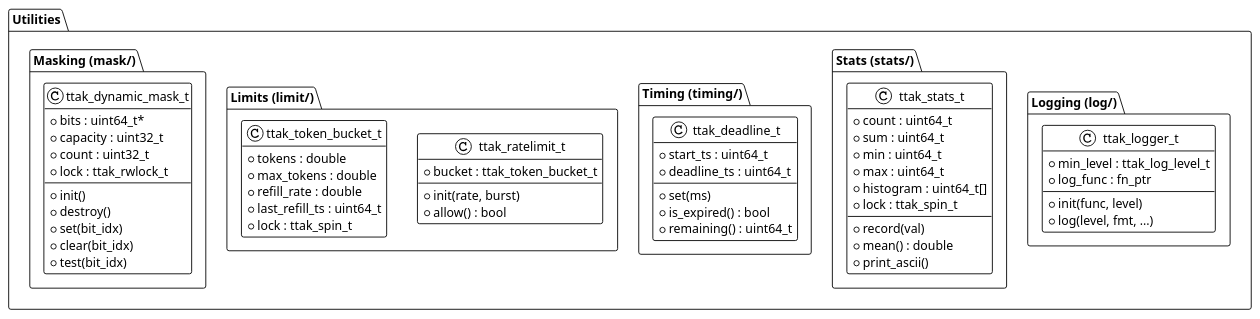
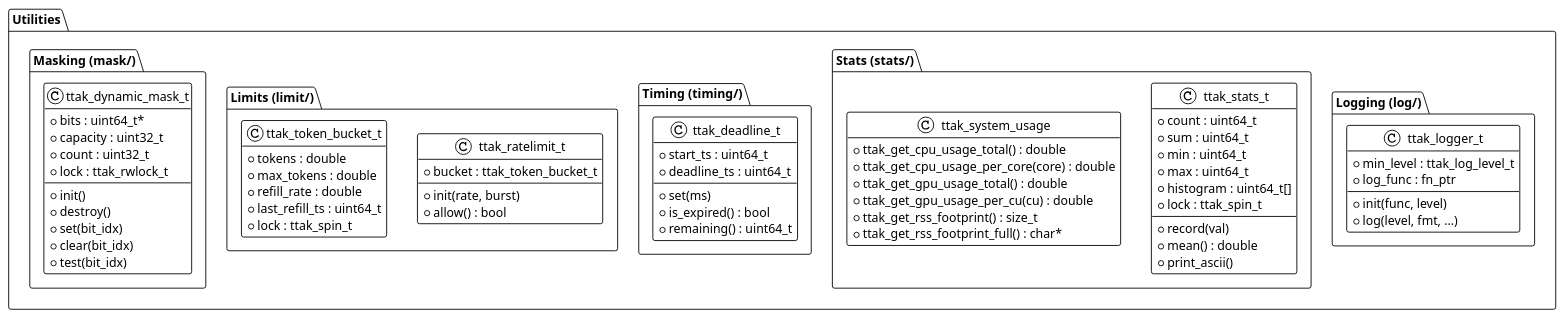
One commit to Religiya-Serdtsa/libttak changed the diagram in blueprints/foundation/06_utilities.puml. Above: the diagram before and after it, drawn with PlantUML. The commit also changed 8 other files, not shown here.

```diff
--- a/blueprints/foundation/06_utilities.puml
+++ b/blueprints/foundation/06_utilities.puml
@@ -1,74 +1,83 @@
 @startuml
 !theme plain
 hide empty members
 
 package "Utilities" {
     package "Logging (log/)" {
         class ttak_logger_t {
             + min_level : ttak_log_level_t
             + log_func : fn_ptr
             __
             + init(func, level)
             + log(level, fmt, ...)
         }
     }
 
     package "Stats (stats/)" {
         class ttak_stats_t {
             + count : uint64_t
             + sum : uint64_t
             + min : uint64_t
             + max : uint64_t
             + histogram : uint64_t[]
             + lock : ttak_spin_t
             __
             + record(val)
             + mean() : double
             + print_ascii()
+        }
+
+        class ttak_system_usage {
+            + ttak_get_cpu_usage_total() : double
+            + ttak_get_cpu_usage_per_core(core) : double
+            + ttak_get_gpu_usage_total() : double
+            + ttak_get_gpu_usage_per_cu(cu) : double
+            + ttak_get_rss_footprint() : size_t
+            + ttak_get_rss_footprint_full() : char*
         }
     }
 
     package "Timing (timing/)" {
         class ttak_deadline_t {
             + start_ts : uint64_t
             + deadline_ts : uint64_t
             __
             + set(ms)
             + is_expired() : bool
             + remaining() : uint64_t
         }
     }
 
     package "Limits (limit/)" {
         class ttak_ratelimit_t {
             + bucket : ttak_token_bucket_t
             __
             + init(rate, burst)
             + allow() : bool
         }
 
         class ttak_token_bucket_t {
             + tokens : double
             + max_tokens : double
             + refill_rate : double
             + last_refill_ts : uint64_t
             + lock : ttak_spin_t
         }
     }
 
     package "Masking (mask/)" {
         class ttak_dynamic_mask_t {
             + bits : uint64_t*
             + capacity : uint32_t
             + count : uint32_t
             + lock : ttak_rwlock_t
             __
             + init()
             + destroy()
             + set(bit_idx)
             + clear(bit_idx)
             + test(bit_idx)
         }
     }
 }
 @enduml
```
